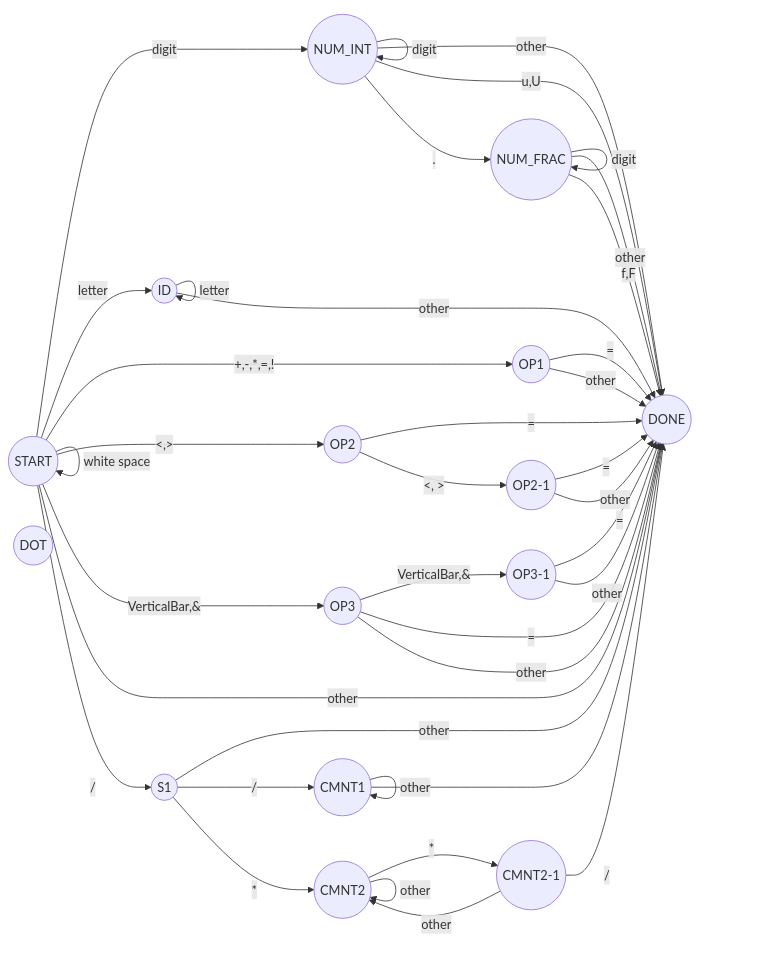
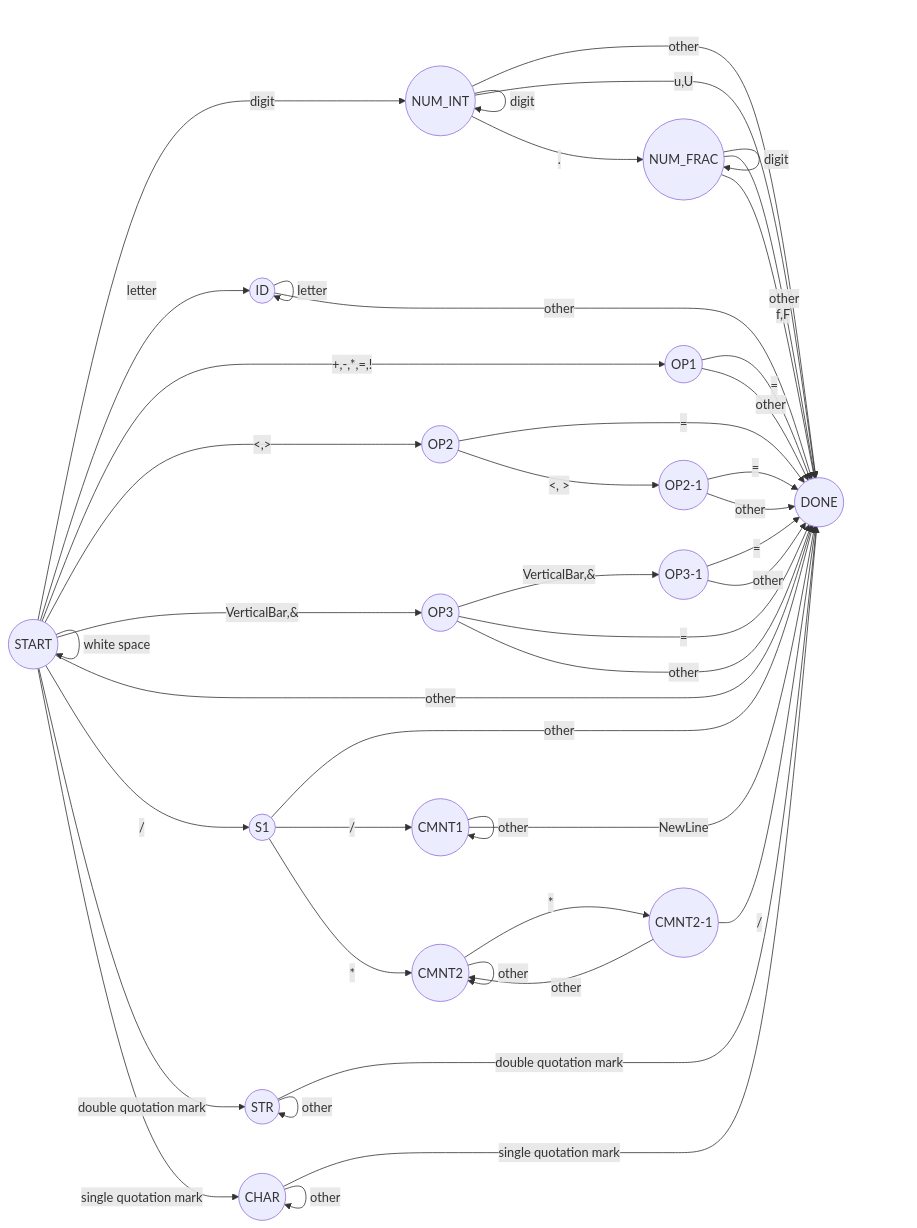
Diagram 16 of 16 in doc/2_scanning.md (trip2eee/compiler), drawn with Mermaid before and after one commit. The commit also changed 4 other files, not shown here.

````diff
--- a/doc/2_scanning.md
+++ b/doc/2_scanning.md
@@ -226,69 +226,79 @@
 ```mermaid
 graph LR
   START(( START ))
   DONE(( DONE ))
   NUM_INT(( NUM_INT ))
   NUM_FRAC(( NUM_FRAC ))
   ID(( ID ))
   S1(( S1 ))
   OP1(( OP1 ))
   OP2(( OP2 ))
   OP2-1(( OP2-1 ))
   OP3(( OP3 ))
   OP3-1(( OP3-1 ))
-  DOT(( DOT ))
 
   C1(( CMNT1 ))
   C2(( CMNT2 ))
   C2-1(( CMNT2-1 ))
+
+  STR(( STR ))
+  CHAR(( CHAR ))
 
   START -- digit --> NUM_INT
   START -- white space --> START
   NUM_INT -- digit --> NUM_INT
   NUM_INT -- other --> DONE
   NUM_INT -- u,U --> DONE
   NUM_INT -- . --> NUM_FRAC
 
   NUM_FRAC -- digit --> NUM_FRAC
   NUM_FRAC -- other --> DONE
   NUM_FRAC -- f,F --> DONE
   
   START -- letter --> ID
   ID -- digit --> ID
   ID -- letter --> ID
   ID -- other --> DONE
 
   START -- +,-,*,=,! --> OP1
   OP1 -- = --> DONE
   OP1 -- other --> DONE
 
   START -- <,> --> OP2
   OP2 -- = --> DONE
   OP2 -- <, > --> OP2-1
   OP2-1 -- = --> DONE
   OP2-1 -- other --> DONE
   
   START -- VerticalBar,&--> OP3
   OP3 -- VerticalBar,&--> OP3-1
   OP3 -- = --> DONE
   OP3 -- other --> DONE
   OP3-1 -- = --> DONE
   OP3-1 -- other --> DONE
 
 
   START -- other --> DONE
 
   START -- / --> S1
   S1 -- other --> DONE
 
   S1 -- / --> C1
   C1 -- other --> C1
-  C1 -- \n --> DONE
+  C1 -- NewLine --> DONE
 
   S1 -- * --> C2
   C2 -- * --> C2-1
   C2 -- other --> C2
   C2-1 -- / --> DONE
   C2-1 -- other --> C2
 
+  START -- double quotation mark --> STR
+  STR -- double quotation mark --> DONE
+  STR -- other --> STR
+
+  START -- single quotation mark --> CHAR
+  CHAR -- single quotation mark --> DONE
+  CHAR -- other --> CHAR
+
 ```
````
